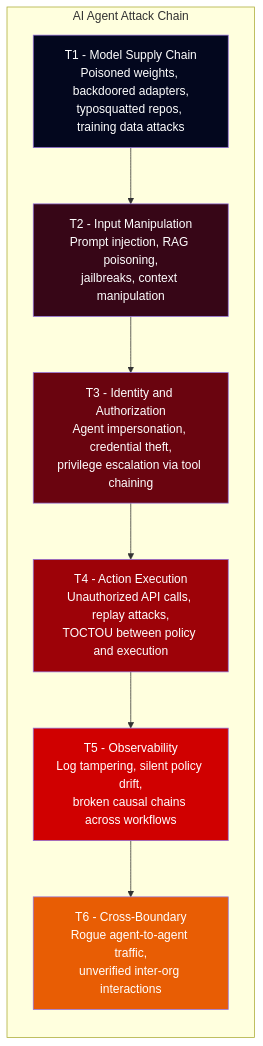
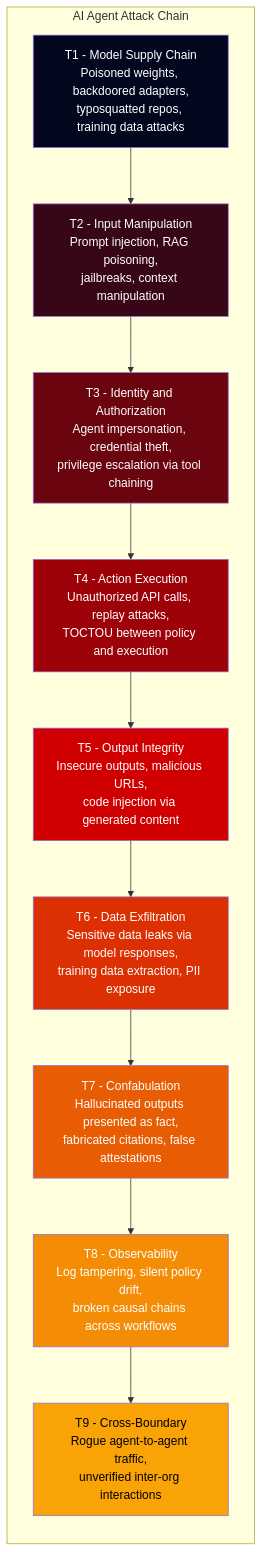
Before and after one commit to kjayashr/cryptographic-trust-layer: the second of 13 diagrams in cryptographic-trust-layer-thesis.md, drawn with Mermaid. The commit also changed other lines of this file, not shown here.

First line of the commit message:
Expand threat model to 9 vectors, acknowledge existing platform coverage

````diff
--- a/cryptographic-trust-layer-thesis.md
+++ b/cryptographic-trust-layer-thesis.md
@@ -63,21 +63,27 @@
 ```mermaid
 graph TB
     subgraph "AI Agent Attack Chain"
         direction TB
         T1["T1 - Model Supply Chain<br/>Poisoned weights, backdoored adapters,<br/>typosquatted repos, training data attacks"]
         T2["T2 - Input Manipulation<br/>Prompt injection, RAG poisoning,<br/>jailbreaks, context manipulation"]
         T3["T3 - Identity and Authorization<br/>Agent impersonation, credential theft,<br/>privilege escalation via tool chaining"]
         T4["T4 - Action Execution<br/>Unauthorized API calls, replay attacks,<br/>TOCTOU between policy and execution"]
-        T5["T5 - Observability<br/>Log tampering, silent policy drift,<br/>broken causal chains across workflows"]
-        T6["T6 - Cross-Boundary<br/>Rogue agent-to-agent traffic,<br/>unverified inter-org interactions"]
+        T5["T5 - Output Integrity<br/>Insecure outputs, malicious URLs,<br/>code injection via generated content"]
+        T6["T6 - Data Exfiltration<br/>Sensitive data leaks via model responses,<br/>training data extraction, PII exposure"]
+        T7["T7 - Confabulation<br/>Hallucinated outputs presented as fact,<br/>fabricated citations, false attestations"]
+        T8["T8 - Observability<br/>Log tampering, silent policy drift,<br/>broken causal chains across workflows"]
+        T9["T9 - Cross-Boundary<br/>Rogue agent-to-agent traffic,<br/>unverified inter-org interactions"]
     end
 
-    T1 --> T2 --> T3 --> T4 --> T5 --> T6
+    T1 --> T2 --> T3 --> T4 --> T5 --> T6 --> T7 --> T8 --> T9
 
     style T1 fill:#03071e,color:#fff
     style T2 fill:#370617,color:#fff
     style T3 fill:#6a040f,color:#fff
     style T4 fill:#9d0208,color:#fff
     style T5 fill:#d00000,color:#fff
-    style T6 fill:#e85d04,color:#fff
+    style T6 fill:#dc2f02,color:#fff
+    style T7 fill:#e85d04,color:#fff
+    style T8 fill:#f48c06,color:#fff
+    style T9 fill:#faa307,color:#000
 ```
````
